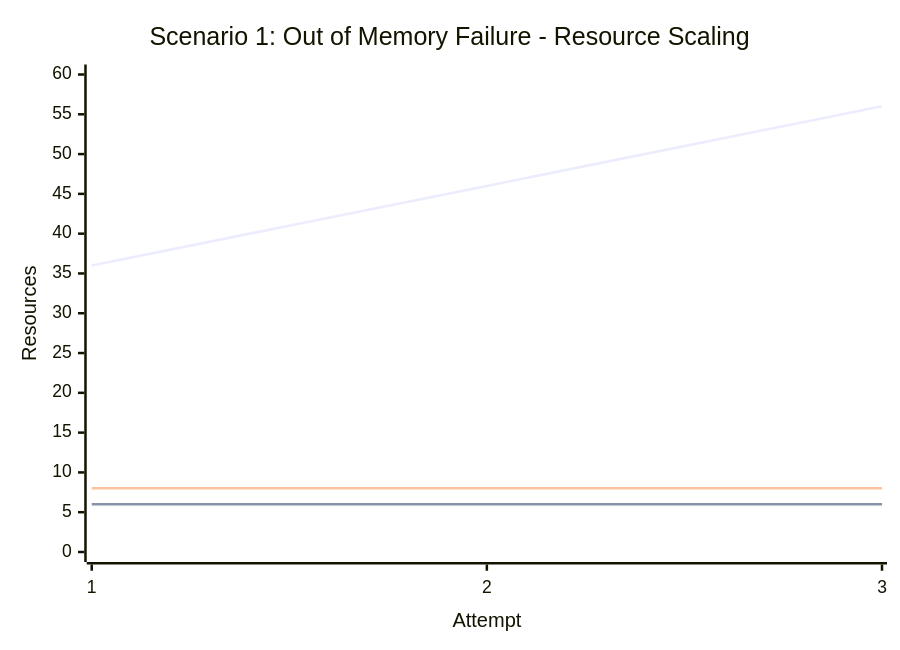
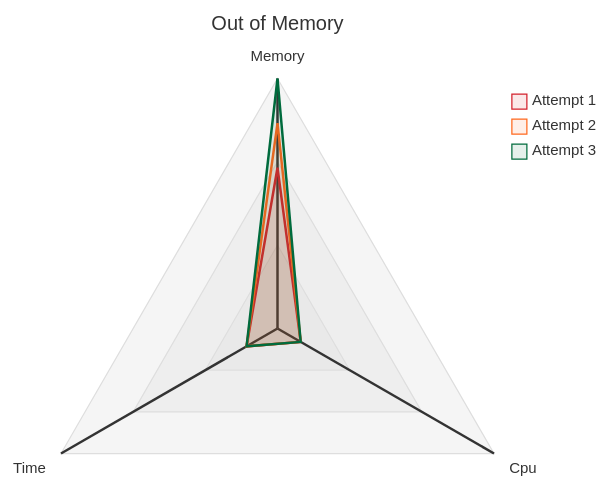
The first of 3 diagrams in docs/iris.md (nf-core/configs), drawn with Mermaid before and after one commit. The commit also changed other lines of this file, not shown here.

````diff
--- a/docs/iris.md
+++ b/docs/iris.md
@@ -172,9 +192,23 @@
 ```mermaid
-xychart-beta
-    title "Scenario 1: Out of Memory Failure - Resource Scaling"
-    x-axis "Attempt" [1, 2, 3]
-    y-axis "Resources" 0 --> 60
-    line "Memory (GB)" [36, 46, 56]
-    line "CPUs" [6, 6, 6]
-    line "Time (hours)" [8, 8, 8]
+---
+config:
+    radar:
+        width: 400
+        height: 400
+    themeVariables:
+        cScale0: "#D3212C"
+        cScale1: "#FF681E"
+        cScale2: "#006B3D"
+        radar:
+            curveOpacity: .10
+            curveStrokeWidth: 2
+---
+radar-beta
+  title Out of Memory
+  axis m["Memory"], s["Cpu"], e["Time"]
+  curve a["Attempt 1"]{36,6, 8}
+  curve b["Attempt 2"]{46,6, 8}
+  curve c["Attempt 3"]{56,6, 8}
+  graticule polygon
+  ticks 3
 ```
````
